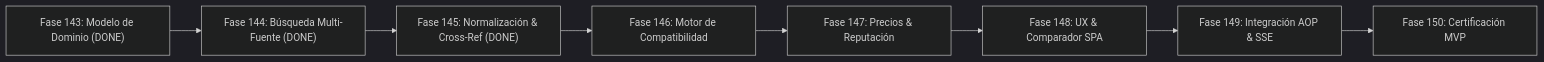
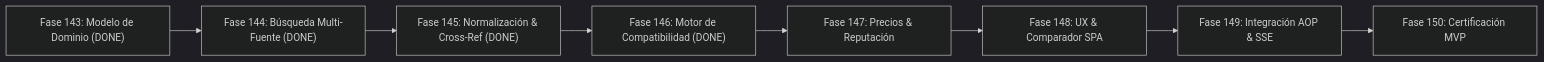
Before and after one commit to johangonzahenri/ai-operating-platform: the third of 4 diagrams in docs/MASTER_WORK_PLAN.md, drawn with Mermaid (dark theme). The commit also changed other lines of this file and 21 other files, not shown here.

````diff
--- a/docs/MASTER_WORK_PLAN.md
+++ b/docs/MASTER_WORK_PLAN.md
@@ -629,10 +670,10 @@
 ```mermaid
 flowchart LR
     F143["Fase 143: Modelo de Dominio (DONE)"] --> F144["Fase 144: Búsqueda Multi-Fuente (DONE)"]
     F144 --> F145["Fase 145: Normalización & Cross-Ref (DONE)"]
-    F145 --> F146["Fase 146: Motor de Compatibilidad"]
+    F145 --> F146["Fase 146: Motor de Compatibilidad (DONE)"]
     F146 --> F147["Fase 147: Precios & Reputación"]
     F147 --> F148["Fase 148: UX & Comparador SPA"]
     F148 --> F149["Fase 149: Integración AOP & SSE"]
     F149 --> F150["Fase 150: Certificación MVP"]
 ```
````
